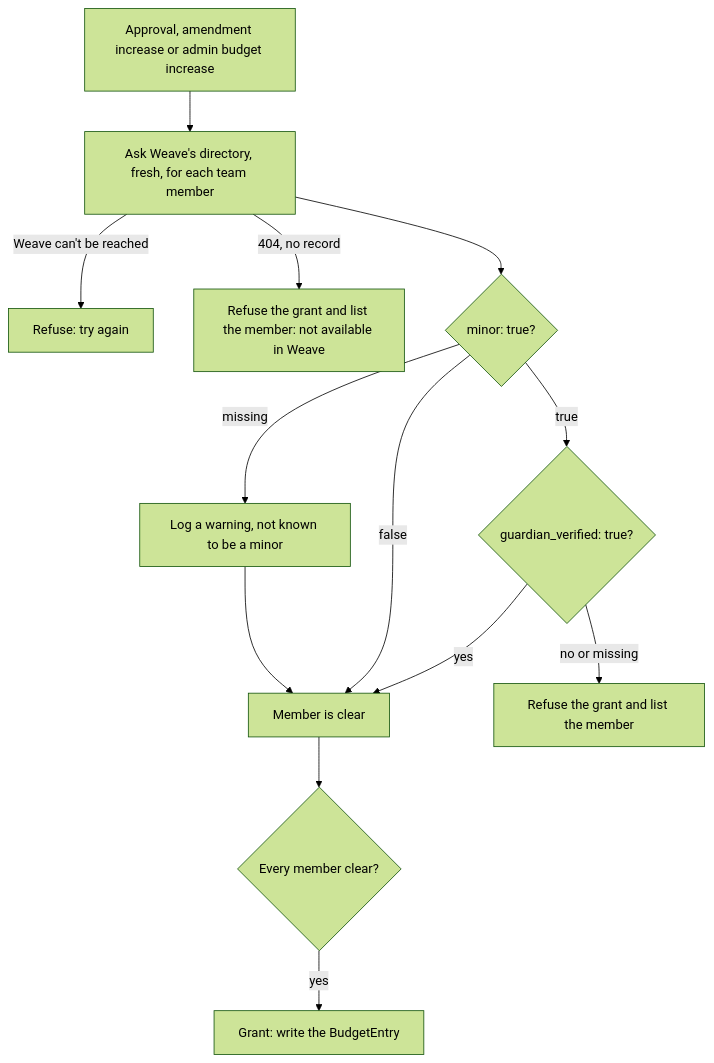
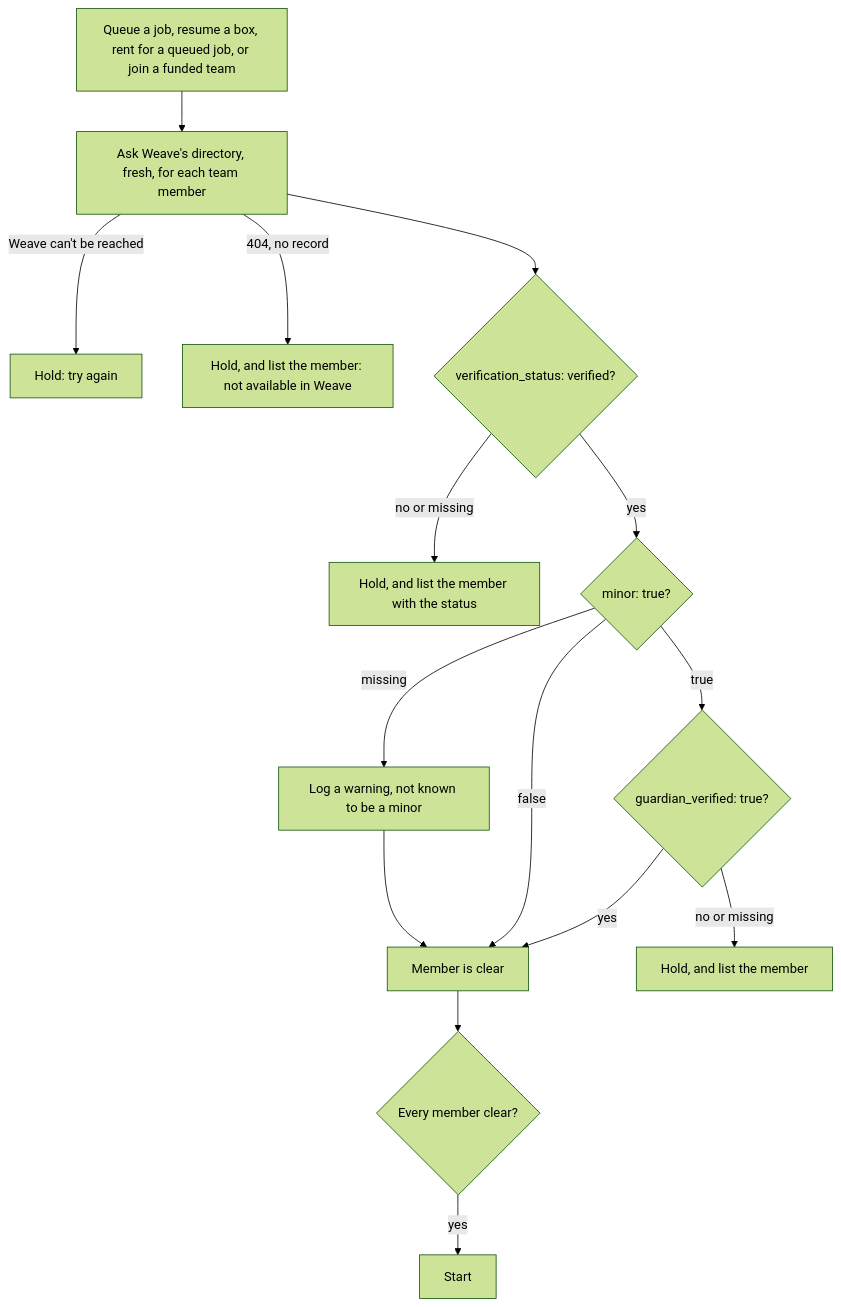
One commit to patchworklabsorg/krater changed the diagram in docs/SPEC.md. Above: the diagram before and after it, drawn with Mermaid (forest theme). The commit also changed other lines of this file and 39 other files, not shown here.

First line of the commit message:
feat: approve first, hold compute until the team is verified in Weave

````diff
--- a/docs/SPEC.md
+++ b/docs/SPEC.md
@@ -409,14 +411,16 @@
 ```mermaid
 flowchart TD
-    A[Approval, amendment increase or admin budget increase] --> B[Ask Weave's directory, fresh, for each team member]
-    B -->|Weave can't be reached| X[Refuse: try again]
-    B -->|404, no record| N[Refuse the grant and list the member: not available in Weave]
-    B --> C{minor: true?}
+    A[Queue a job, resume a box, rent for a queued job, or join a funded team] --> B[Ask Weave's directory, fresh, for each team member]
+    B -->|Weave can't be reached| X[Hold: try again]
+    B -->|404, no record| N[Hold, and list the member: not available in Weave]
+    B --> V{verification_status: verified?}
+    V -->|no or missing| H[Hold, and list the member with the status]
+    V -->|yes| C{minor: true?}
     C -->|missing| L[Log a warning, not known to be a minor] --> OK
     C -->|false| OK[Member is clear]
     C -->|true| D{guardian_verified: true?}
     D -->|yes| OK
-    D -->|no or missing| R[Refuse the grant and list the member]
+    D -->|no or missing| R[Hold, and list the member]
     OK --> E{Every member clear?}
-    E -->|yes| G[Grant: write the BudgetEntry]
+    E -->|yes| G[Start]
 ```
````
